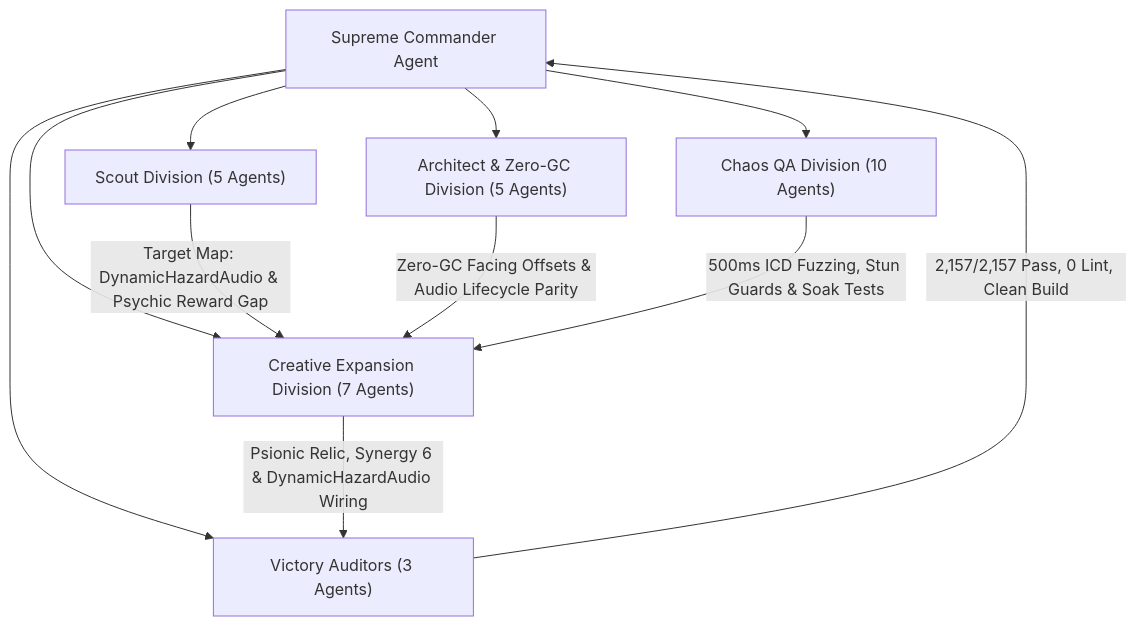
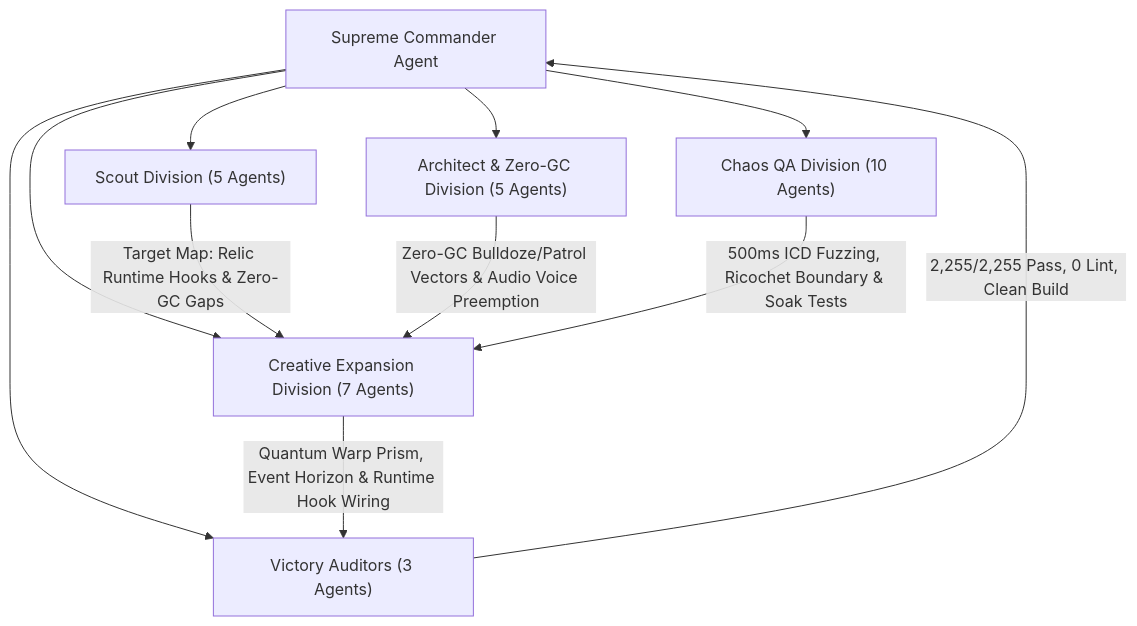
One commit to LeegwangYeol/bomberman-game changed the diagram in DAILY_REPORT.md. Above: the diagram before and after it, drawn with Mermaid. The commit also changed other lines of this file and 23 other files, not shown here.

````diff
--- a/DAILY_REPORT.md
+++ b/DAILY_REPORT.md
@@ -46,14 +52,14 @@
 ```mermaid
 flowchart TD
     SC["Supreme Commander Agent"] --> SD["Scout Division (5 Agents)"]
     SC --> AD["Architect & Zero-GC Division (5 Agents)"]
     SC --> CQD["Chaos QA Division (10 Agents)"]
     SC --> CED["Creative Expansion Division (7 Agents)"]
     SC --> VA["Victory Auditors (3 Agents)"]
 
-    SD -->|"Target Map: DynamicHazardAudio & Psychic Reward Gap"| CED
-    AD -->|"Zero-GC Facing Offsets & Audio Lifecycle Parity"| CED
-    CQD -->|"500ms ICD Fuzzing, Stun Guards & Soak Tests"| CED
-    CED -->|"Psionic Relic, Synergy 6 & DynamicHazardAudio Wiring"| VA
-    VA -->|"2,157/2,157 Pass, 0 Lint, Clean Build"| SC
+    SD -->|"Target Map: Relic Runtime Hooks & Zero-GC Gaps"| CED
+    AD -->|"Zero-GC Bulldoze/Patrol Vectors & Audio Voice Preemption"| CED
+    CQD -->|"500ms ICD Fuzzing, Ricochet Boundary & Soak Tests"| CED
+    CED -->|"Quantum Warp Prism, Event Horizon & Runtime Hook Wiring"| VA
+    VA -->|"2,255/2,255 Pass, 0 Lint, Clean Build"| SC
 ```
````
